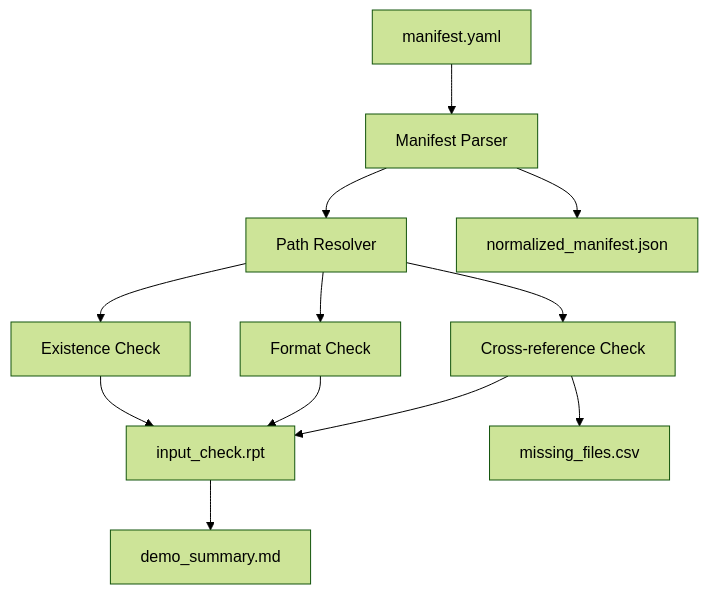
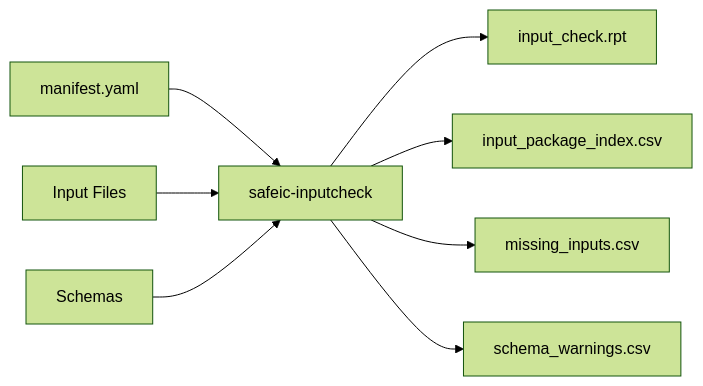
The sixth of 7 diagrams in articles/02_automotive_safeic_practice_d02_github_en_generic.md (qiqixixi1001/automotive-safeic-practice), drawn with Mermaid (forest theme) before and after one commit. The commit also changed other lines of this file, not shown here.

````diff
--- a/articles/02_automotive_safeic_practice_d02_github_en_generic.md
+++ b/articles/02_automotive_safeic_practice_d02_github_en_generic.md
@@ -686,16 +985,10 @@
 ```mermaid
-flowchart TD
-    A[manifest.yaml] --> B[Manifest Parser]
-    B --> C[Path Resolver]
-    C --> D[Existence Check]
-    C --> E[Format Check]
-    C --> F[Cross-reference Check]
-
-    D --> G[input_check.rpt]
-    E --> G
-    F --> G
-
-    B --> H[normalized_manifest.json]
-    F --> I[missing_files.csv]
-    G --> J[demo_summary.md]
+flowchart LR
+    A[manifest.yaml] --> B[safeic-inputcheck]
+    C[Input Files] --> B
+    D[Schemas] --> B
+    B --> E[input_check.rpt]
+    B --> F[input_package_index.csv]
+    B --> G[missing_inputs.csv]
+    B --> H[schema_warnings.csv]
 ```
````
